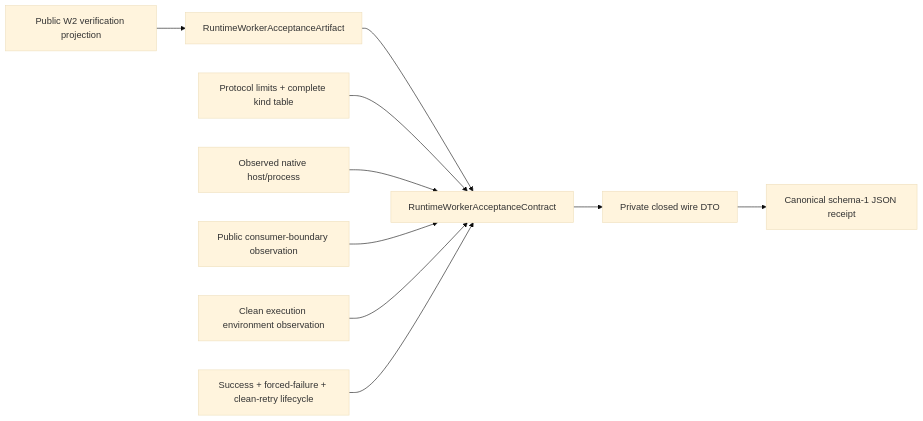
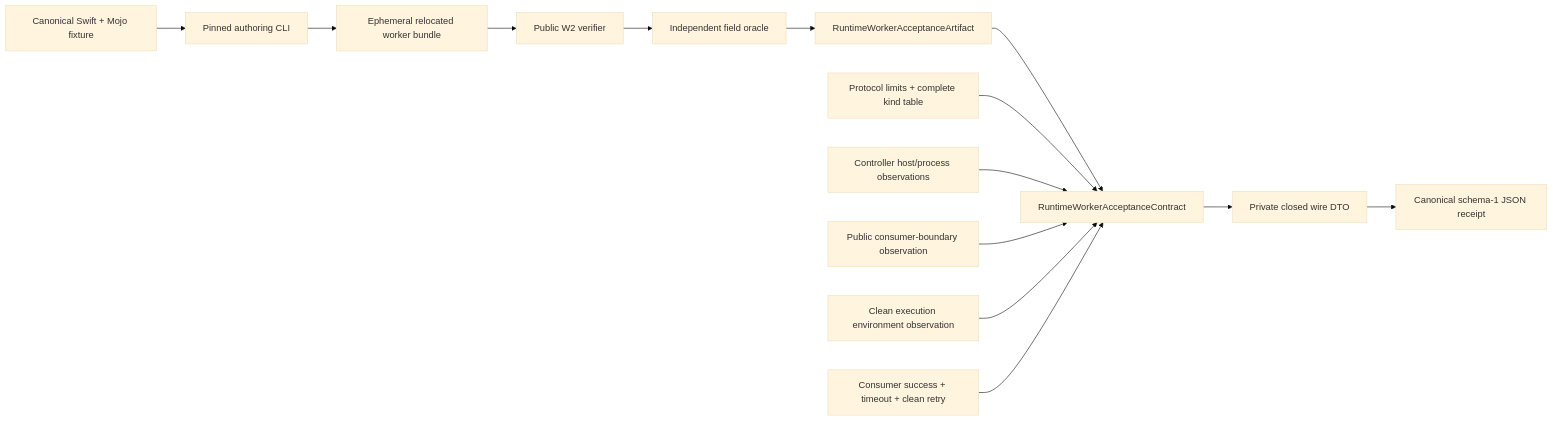
The diagram in Acceptance/RuntimeWorker/DESIGN.md (1amageek/swift-mojo), drawn with Mermaid (base theme) before and after one commit. The commit also changed other lines of this file and 22 other files, not shown here.

Commit message:
Complete runtime worker host acceptance harness

````diff
--- a/Acceptance/RuntimeWorker/DESIGN.md
+++ b/Acceptance/RuntimeWorker/DESIGN.md
@@ -57,12 +75,16 @@
 ```mermaid
 flowchart LR
-    W2["Public W2 verification projection"] --> A["RuntimeWorkerAcceptanceArtifact"]
+    S["Canonical Swift + Mojo fixture"] --> AU["Pinned authoring CLI"]
+    AU --> B["Ephemeral relocated worker bundle"]
+    B --> V["Public W2 verifier"]
+    V --> O["Independent field oracle"]
+    O --> A["RuntimeWorkerAcceptanceArtifact"]
     A --> R["RuntimeWorkerAcceptanceContract"]
-    P["Protocol limits + complete kind table"] --> R
-    H["Observed native host/process"] --> R
+    PK["Protocol limits + complete kind table"] --> R
+    H["Controller host/process observations"] --> R
     C["Public consumer-boundary observation"] --> R
     E["Clean execution environment observation"] --> R
-    L["Success + forced-failure + clean-retry lifecycle"] --> R
+    L["Consumer success + timeout + clean retry"] --> R
     R --> D["Private closed wire DTO"]
     D --> J["Canonical schema-1 JSON receipt"]
 ```
````
